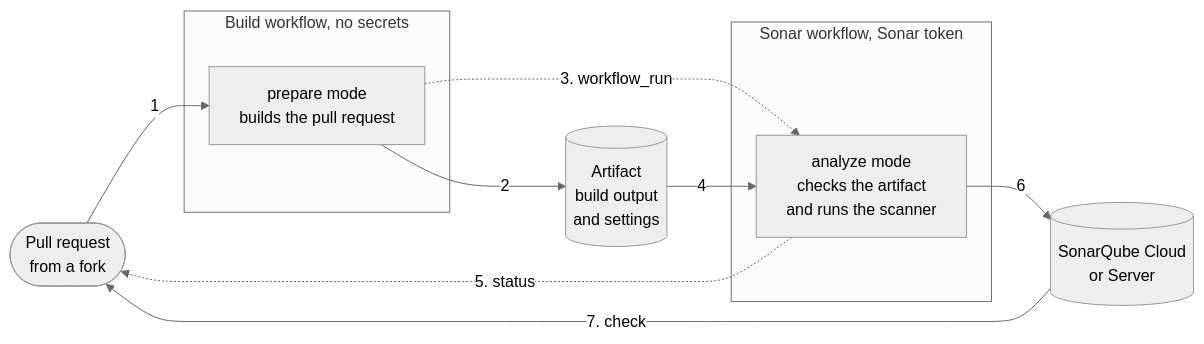
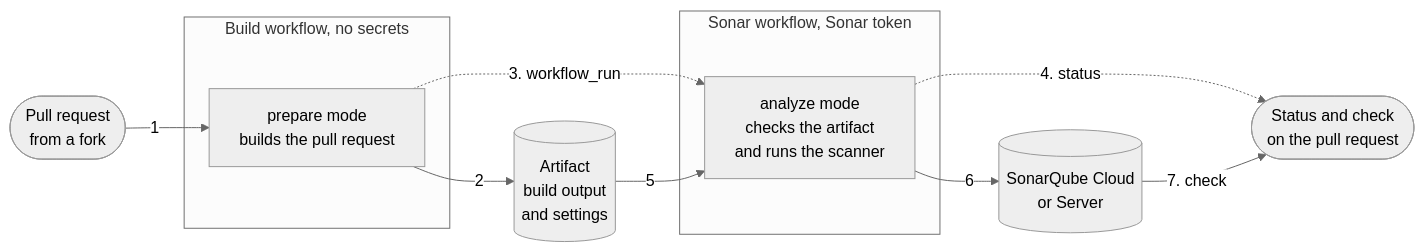
Before and after one commit to galois-groups/sonar-fork-analysis: the first of 2 diagrams in docs/how-it-works.md, drawn with Mermaid (neutral theme). The commit also changed other lines of this file and 4 other files, not shown here.

````diff
--- a/docs/how-it-works.md
+++ b/docs/how-it-works.md
@@ -15,19 +15,20 @@
 ```mermaid
 flowchart LR
   pr(["Pull request<br/>from a fork"])
   subgraph build["Build workflow, no secrets"]
     prepare["prepare mode<br/>builds the pull request"]
   end
   artifact[("Artifact<br/>build output<br/>and settings")]
   subgraph sonar["Sonar workflow, Sonar token"]
     analyze["analyze mode<br/>checks the artifact<br/>and runs the scanner"]
   end
   server[("SonarQube Cloud<br/>or Server")]
+  checks(["Status and check<br/>on the pull request"])
   pr -- "1" --> prepare
   prepare -- "2" --> artifact
   prepare -. "3. workflow_run" .-> analyze
-  artifact -- "4" --> analyze
-  analyze -. "5. status" .-> pr
+  analyze -. "4. status" .-> checks
+  artifact -- "5" --> analyze
   analyze -- "6" --> server
-  server -- "7. check" --> pr
+  server -- "7. check" --> checks
 ```
````
